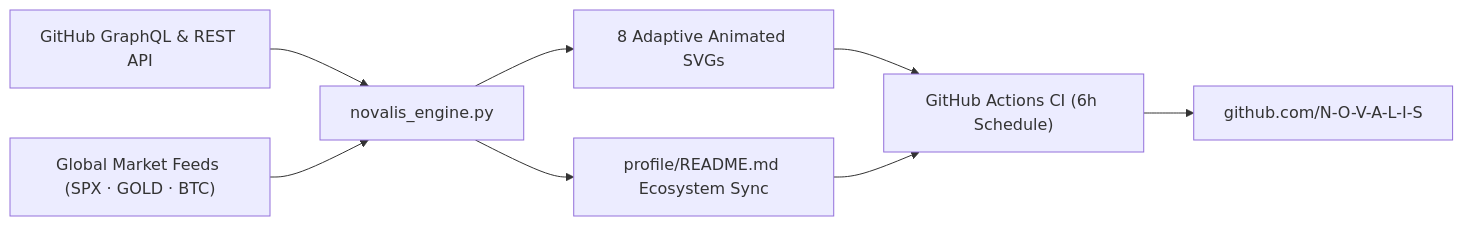
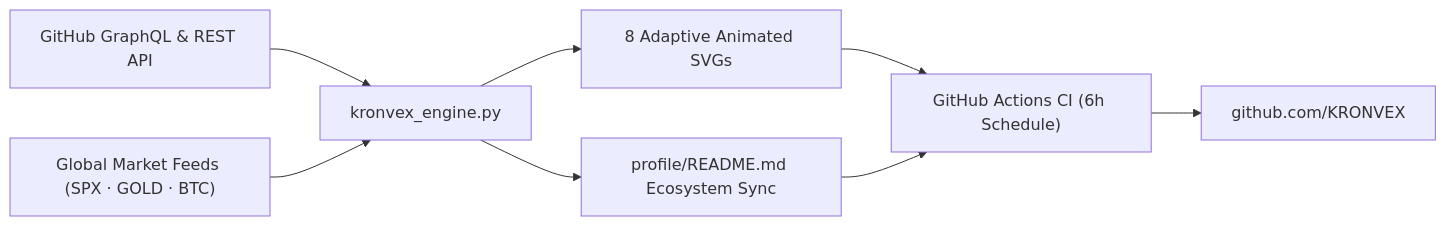
One commit to KRONVEX/.github changed the diagram in README.md. Above: the diagram before and after it, drawn with Mermaid. The commit also changed other lines of this file and 16 other files, not shown here.

````diff
--- a/README.md
+++ b/README.md
@@ -48,10 +48,10 @@
 ```mermaid
 flowchart LR
-    A["GitHub GraphQL & REST API"] --> C["novalis_engine.py"]
+    A["GitHub GraphQL & REST API"] --> C["kronvex_engine.py"]
     B["Global Market Feeds (SPX · GOLD · BTC)"] --> C
     C --> D["8 Adaptive Animated SVGs"]
     C --> E["profile/README.md Ecosystem Sync"]
     D --> F["GitHub Actions CI (6h Schedule)"]
     E --> F
-    F --> G["github.com/N-O-V-A-L-I-S"]
+    F --> G["github.com/KRONVEX"]
 ```
````
